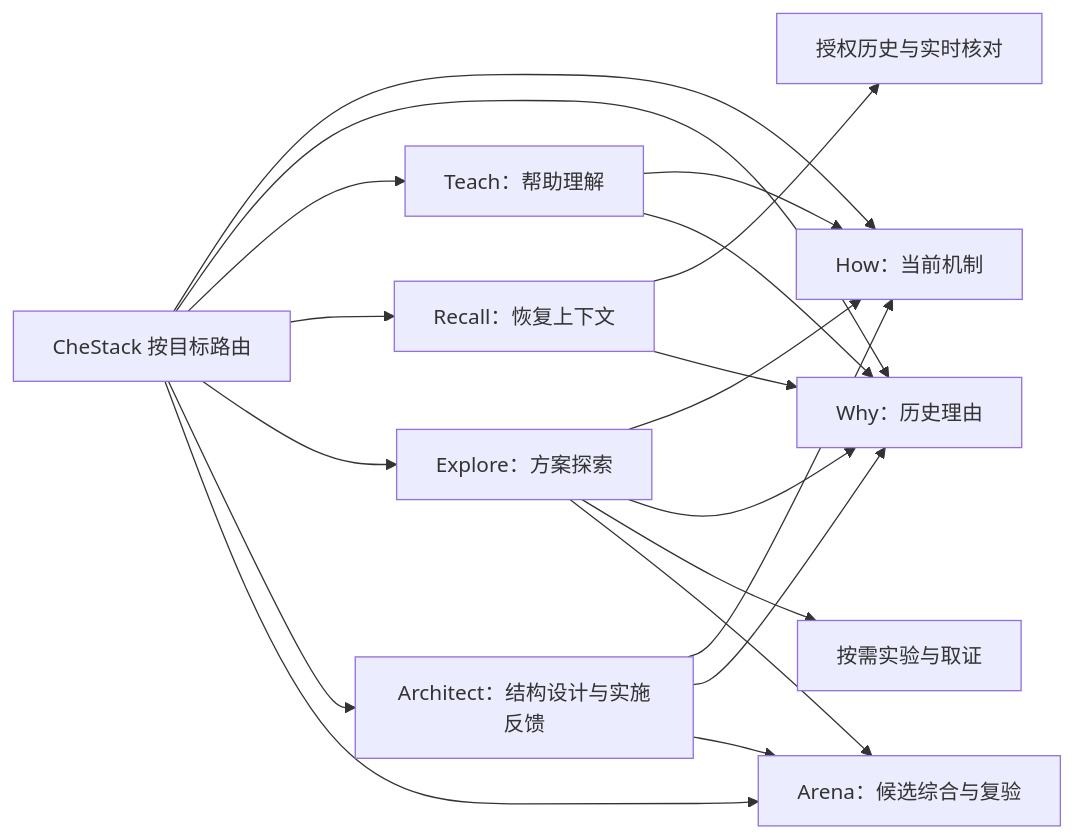
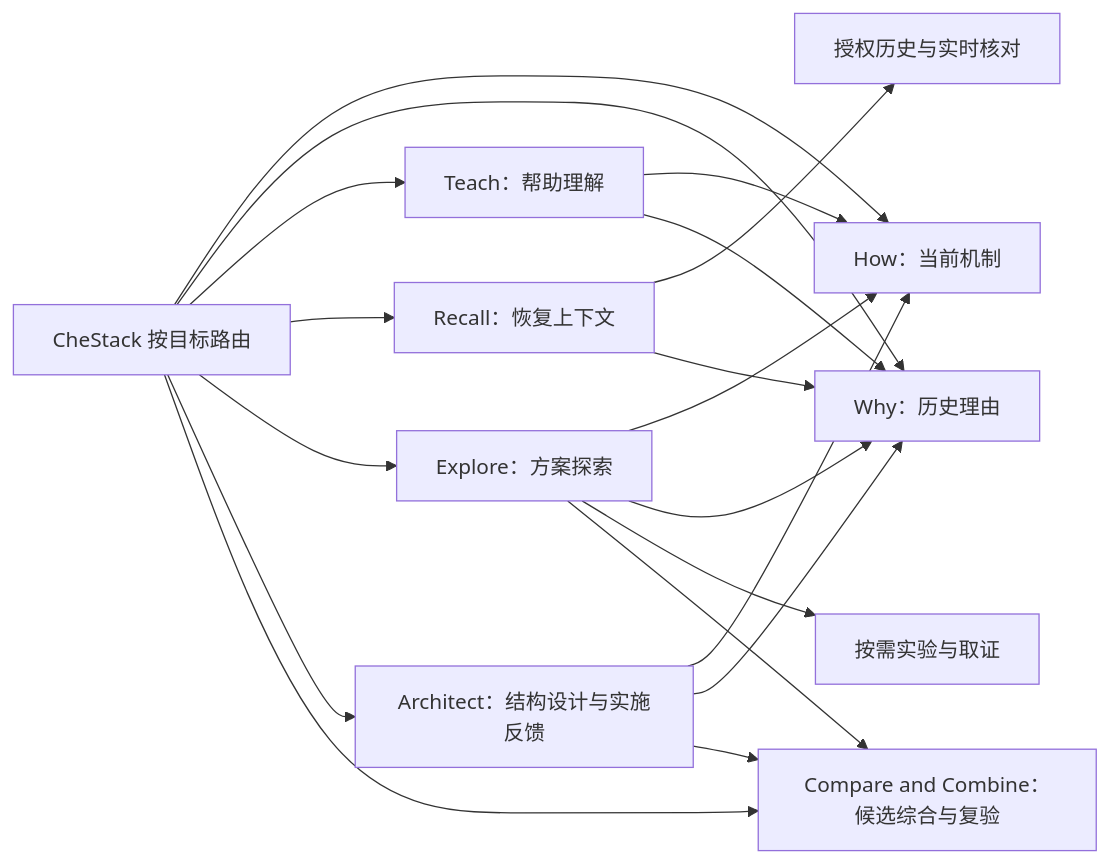
Before and after one commit to superche/chestack: the diagram in docs/architecture.md, drawn with Mermaid. The commit also changed other lines of this file and 10 other files, not shown here.

Commit message:
refactor: rename arena to compare and combine

````diff
--- a/docs/architecture.md
+++ b/docs/architecture.md
@@ -22,21 +22,21 @@
 ```mermaid
 flowchart LR
     entry[CheStack 按目标路由] --> how[How：当前机制]
     entry --> why[Why：历史理由]
     entry --> teach[Teach：帮助理解]
     entry --> recall[Recall：恢复上下文]
     entry --> explore[Explore：方案探索]
     teach --> how
     teach --> why
     recall --> history[授权历史与实时核对]
     recall --> why
     explore --> how
     explore --> why
     explore --> prototype[按需实验与取证]
     entry --> architect[Architect：结构设计与实施反馈]
-    entry --> arena[Arena：候选综合与复验]
+    entry --> compare_combine[Compare and Combine：候选综合与复验]
     architect --> how
     architect --> why
-    architect --> arena
-    explore --> arena
+    architect --> compare_combine
+    explore --> compare_combine
 ```
````
